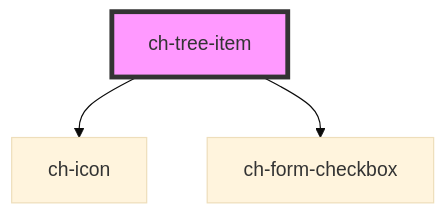
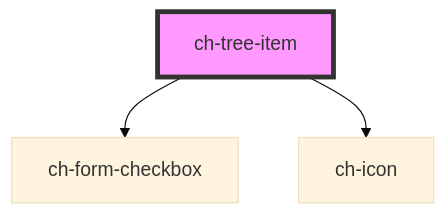
Before and after one commit to genexuslabs/chameleon-controls-library: the diagram in src/components/tree-item/readme.md, drawn with Mermaid (base theme). The commit also changed other lines of this file and 31 other files, not shown here.

````diff
--- a/src/components/tree-item/readme.md
+++ b/src/components/tree-item/readme.md
@@ -78,6 +78,6 @@
 ```mermaid
 graph TD;
+  ch-tree-item --> ch-form-checkbox
   ch-tree-item --> ch-icon
-  ch-tree-item --> ch-form-checkbox
   style ch-tree-item fill:#f9f,stroke:#333,stroke-width:4px
 ```
````
